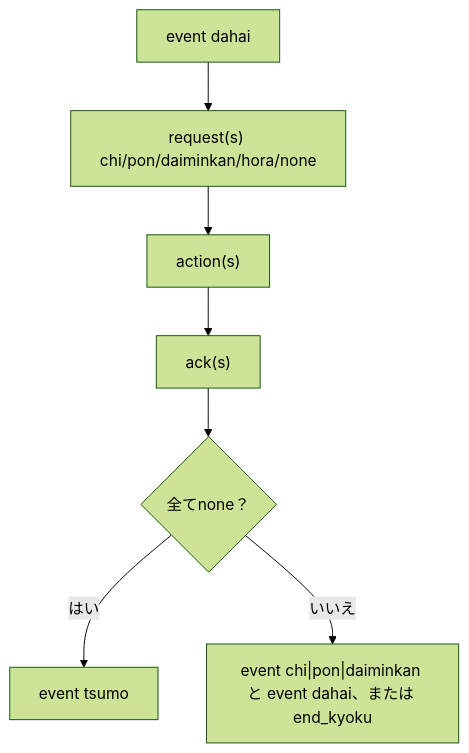
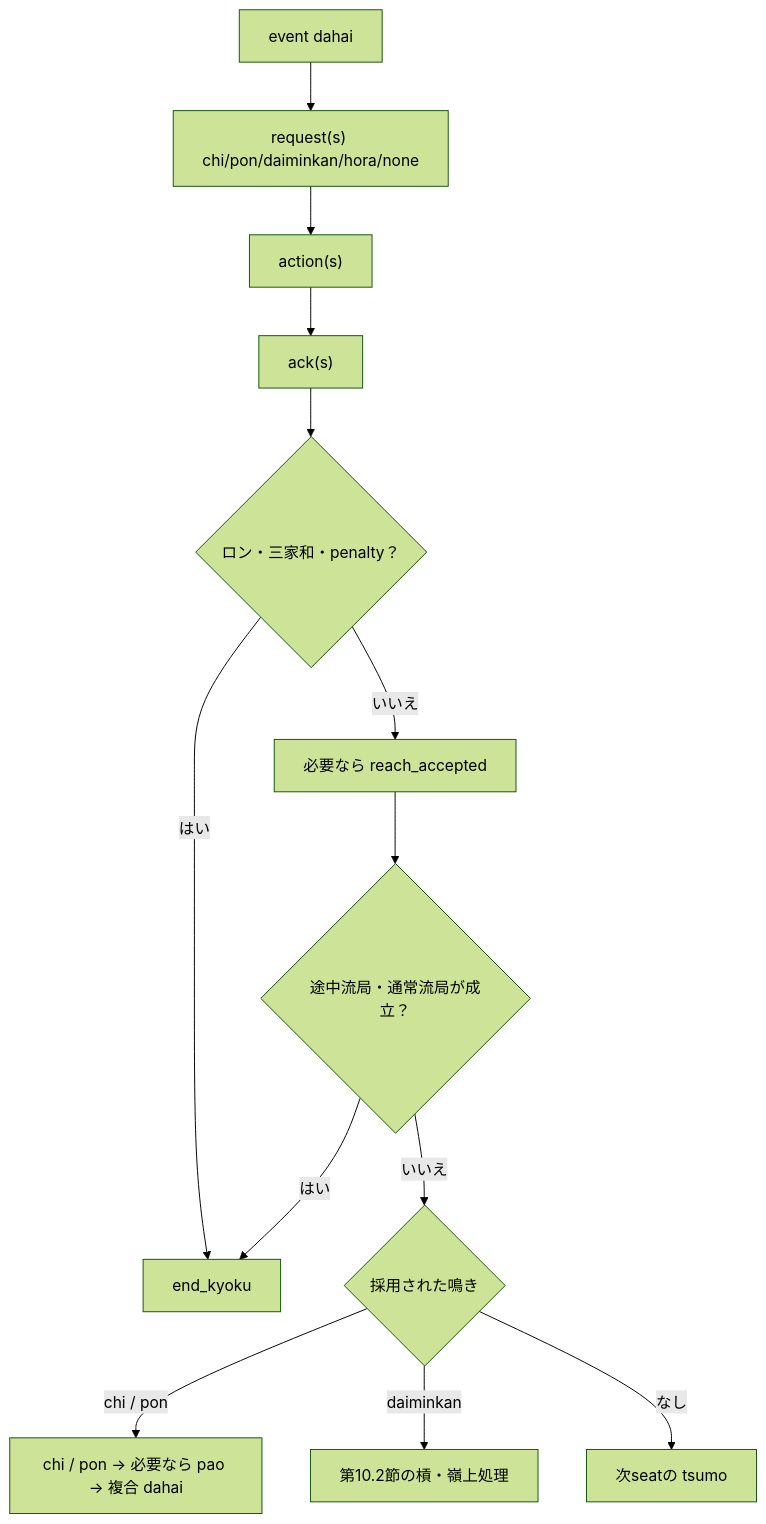
One commit to SuzumiyaAoba/YAMAI changed the first of 7 diagrams in docs/yamai-protocol.md. Above: the diagram before and after it, drawn with Mermaid (forest theme). The commit also changed other lines of this file and 36 other files, not shown here.

Commit message:
fix(protocol): resolve snapshot recovery and schema inconsistencies

````diff
--- a/docs/yamai-protocol.md
+++ b/docs/yamai-protocol.md
@@ -1621,9 +1623,15 @@
 ```mermaid
 flowchart TD
   A["event dahai"] --> B["request(s) chi/pon/daiminkan/hora/none"]
   B --> C["action(s)"]
   C --> D["ack(s)"]
-  D --> E{"全てnone？"}
-  E -->|はい| F["event tsumo"]
-  E -->|いいえ| G["event chi|pon|daiminkan と event dahai、または end_kyoku"]
+  D --> E{"ロン・三家和・penalty？"}
+  E -->|はい| F["end_kyoku"]
+  E -->|いいえ| G["必要なら reach_accepted"]
+  G --> H{"途中流局・通常流局が成立？"}
+  H -->|はい| F
+  H -->|いいえ| I{"採用された鳴き"}
+  I -->|chi / pon| J["chi / pon → 必要なら pao → 複合 dahai"]
+  I -->|daiminkan| K["第10.2節の槓・嶺上処理"]
+  I -->|なし| L["次seatの tsumo"]
 ```
````
